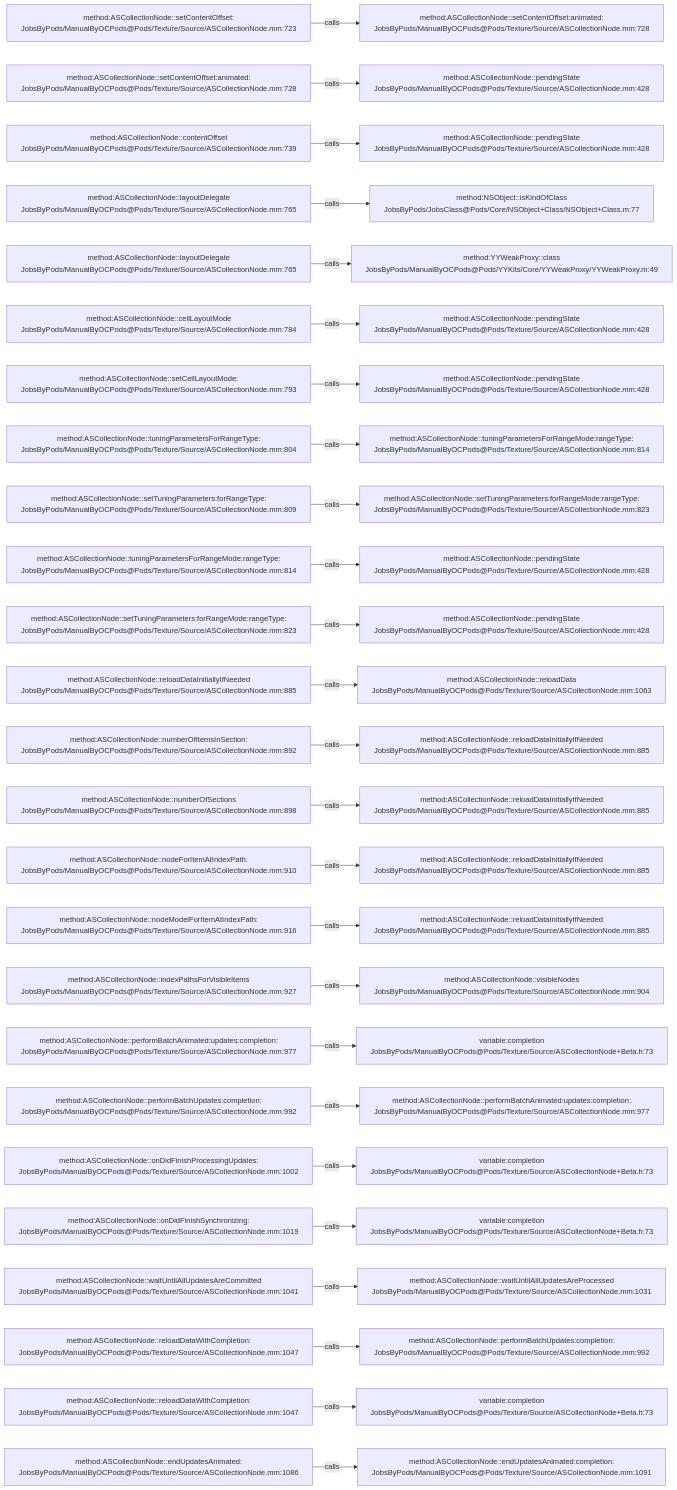
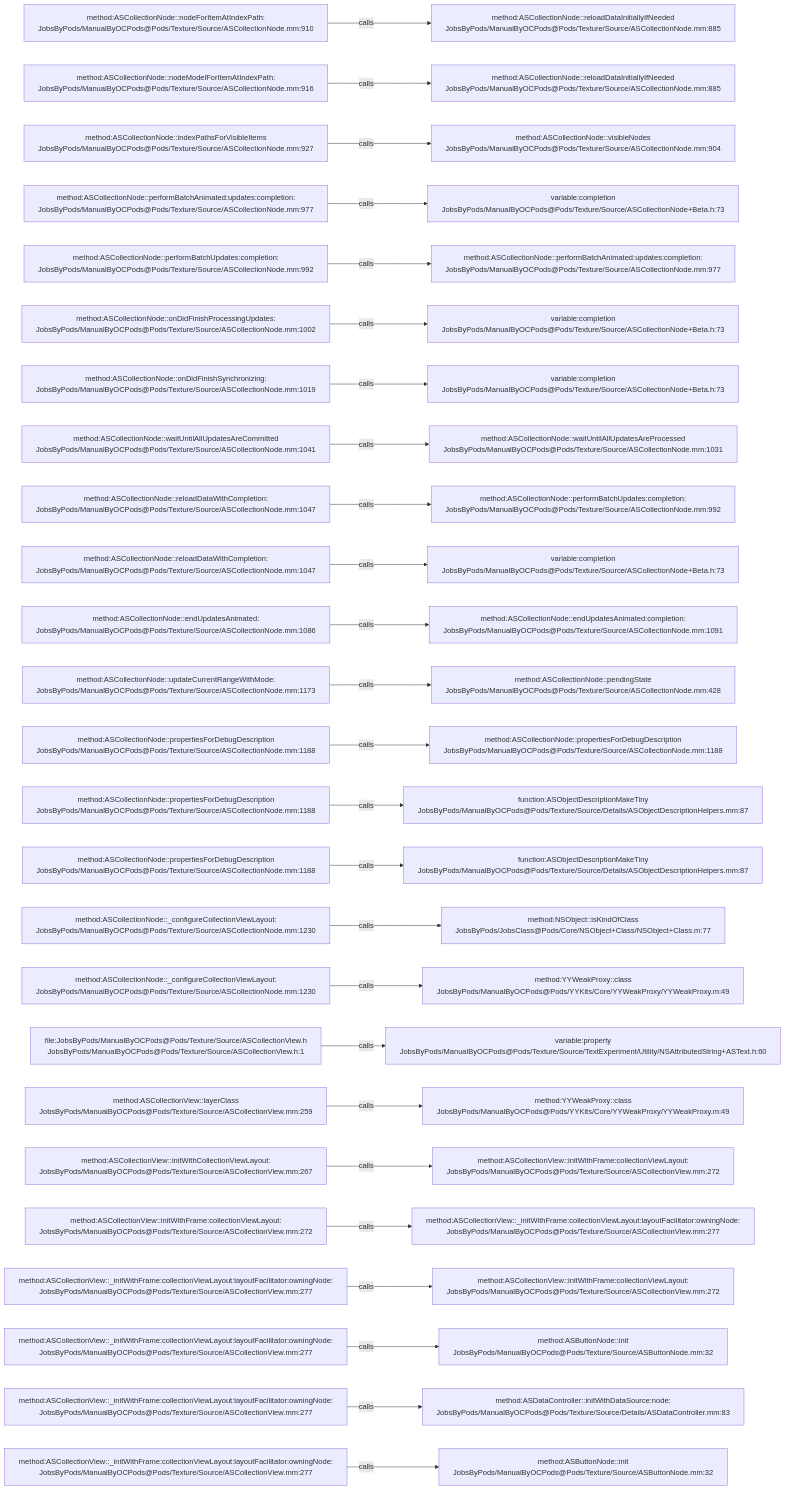
One commit to JobsKits/JobsOCBaseConfigDemo changed the diagram in .codegraph/codegraph.md/graphs/calls-080.md. Above: the diagram before and after it, drawn with Mermaid. The commit also changed 296 other files, not shown here.

````diff
--- a/.codegraph/codegraph.md/graphs/calls-080.md
+++ b/.codegraph/codegraph.md/graphs/calls-080.md
@@ -13,78 +13,78 @@
 ```mermaid
 flowchart LR
-  S1["method:ASCollectionNode::setContentOffset:<br/>JobsByPods/ManualByOCPods@Pods/Texture/Source/ASCollectionNode.mm:723"]
-  T1["method:ASCollectionNode::setContentOffset:animated:<br/>JobsByPods/ManualByOCPods@Pods/Texture/Source/ASCollectionNode.mm:728"]
+  S1["method:ASCollectionNode::nodeForItemAtIndexPath:<br/>JobsByPods/ManualByOCPods@Pods/Texture/Source/ASCollectionNode.mm:910"]
+  T1["method:ASCollectionNode::reloadDataInitiallyIfNeeded<br/>JobsByPods/ManualByOCPods@Pods/Texture/Source/ASCollectionNode.mm:885"]
   S1 -->|calls| T1
-  S2["method:ASCollectionNode::setContentOffset:animated:<br/>JobsByPods/ManualByOCPods@Pods/Texture/Source/ASCollectionNode.mm:728"]
-  T2["method:ASCollectionNode::pendingState<br/>JobsByPods/ManualByOCPods@Pods/Texture/Source/ASCollectionNode.mm:428"]
+  S2["method:ASCollectionNode::nodeModelForItemAtIndexPath:<br/>JobsByPods/ManualByOCPods@Pods/Texture/Source/ASCollectionNode.mm:916"]
+  T2["method:ASCollectionNode::reloadDataInitiallyIfNeeded<br/>JobsByPods/ManualByOCPods@Pods/Texture/Source/ASCollectionNode.mm:885"]
   S2 -->|calls| T2
-  S3["method:ASCollectionNode::contentOffset<br/>JobsByPods/ManualByOCPods@Pods/Texture/Source/ASCollectionNode.mm:739"]
-  T3["method:ASCollectionNode::pendingState<br/>JobsByPods/ManualByOCPods@Pods/Texture/Source/ASCollectionNode.mm:428"]
+  S3["method:ASCollectionNode::indexPathsForVisibleItems<br/>JobsByPods/ManualByOCPods@Pods/Texture/Source/ASCollectionNode.mm:927"]
+  T3["method:ASCollectionNode::visibleNodes<br/>JobsByPods/ManualByOCPods@Pods/Texture/Source/ASCollectionNode.mm:904"]
   S3 -->|calls| T3
-  S4["method:ASCollectionNode::layoutDelegate<br/>JobsByPods/ManualByOCPods@Pods/Texture/Source/ASCollectionNode.mm:765"]
-  T4["method:NSObject::isKindOfClass<br/>JobsByPods/JobsClass@Pods/Core/NSObject+Class/NSObject+Class.m:77"]
+  S4["method:ASCollectionNode::performBatchAnimated:updates:completion:<br/>JobsByPods/ManualByOCPods@Pods/Texture/Source/ASCollectionNode.mm:977"]
+  T4["variable:completion<br/>JobsByPods/ManualByOCPods@Pods/Texture/Source/ASCollectionNode+Beta.h:73"]
   S4 -->|calls| T4
-  S5["method:ASCollectionNode::layoutDelegate<br/>JobsByPods/ManualByOCPods@Pods/Texture/Source/ASCollectionNode.mm:765"]
-  T5["method:YYWeakProxy::class<br/>JobsByPods/ManualByOCPods@Pods/YYKits/Core/YYWeakProxy/YYWeakProxy.m:49"]
+  S5["method:ASCollectionNode::performBatchUpdates:completion:<br/>JobsByPods/ManualByOCPods@Pods/Texture/Source/ASCollectionNode.mm:992"]
+  T5["method:ASCollectionNode::performBatchAnimated:updates:completion:<br/>JobsByPods/ManualByOCPods@Pods/Texture/Source/ASCollectionNode.mm:977"]
   S5 -->|calls| T5
-  S6["method:ASCollectionNode::cellLayoutMode<br/>JobsByPods/ManualByOCPods@Pods/Texture/Source/ASCollectionNode.mm:784"]
-  T6["method:ASCollectionNode::pendingState<br/>JobsByPods/ManualByOCPods@Pods/Texture/Source/ASCollectionNode.mm:428"]
+  S6["method:ASCollectionNode::onDidFinishProcessingUpdates:<br/>JobsByPods/ManualByOCPods@Pods/Texture/Source/ASCollectionNode.mm:1002"]
+  T6["variable:completion<br/>JobsByPods/ManualByOCPods@Pods/Texture/Source/ASCollectionNode+Beta.h:73"]
   S6 -->|calls| T6
-  S7["method:ASCollectionNode::setCellLayoutMode:<br/>JobsByPods/ManualByOCPods@Pods/Texture/Source/ASCollectionNode.mm:793"]
-  T7["method:ASCollectionNode::pendingState<br/>JobsByPods/ManualByOCPods@Pods/Texture/Source/ASCollectionNode.mm:428"]
+  S7["method:ASCollectionNode::onDidFinishSynchronizing:<br/>JobsByPods/ManualByOCPods@Pods/Texture/Source/ASCollectionNode.mm:1019"]
+  T7["variable:completion<br/>JobsByPods/ManualByOCPods@Pods/Texture/Source/ASCollectionNode+Beta.h:73"]
   S7 -->|calls| T7
-  S8["method:ASCollectionNode::tuningParametersForRangeType:<br/>JobsByPods/ManualByOCPods@Pods/Texture/Source/ASCollectionNode.mm:804"]
-  T8["method:ASCollectionNode::tuningParametersForRangeMode:rangeType:<br/>JobsByPods/ManualByOCPods@Pods/Texture/Source/ASCollectionNode.mm:814"]
+  S8["method:ASCollectionNode::waitUntilAllUpdatesAreCommitted<br/>JobsByPods/ManualByOCPods@Pods/Texture/Source/ASCollectionNode.mm:1041"]
+  T8["method:ASCollectionNode::waitUntilAllUpdatesAreProcessed<br/>JobsByPods/ManualByOCPods@Pods/Texture/Source/ASCollectionNode.mm:1031"]
   S8 -->|calls| T8
-  S9["method:ASCollectionNode::setTuningParameters:forRangeType:<br/>JobsByPods/ManualByOCPods@Pods/Texture/Source/ASCollectionNode.mm:809"]
-  T9["method:ASCollectionNode::setTuningParameters:forRangeMode:rangeType:<br/>JobsByPods/ManualByOCPods@Pods/Texture/Source/ASCollectionNode.mm:823"]
+  S9["method:ASCollectionNode::reloadDataWithCompletion:<br/>JobsByPods/ManualByOCPods@Pods/Texture/Source/ASCollectionNode.mm:1047"]
+  T9["method:ASCollectionNode::performBatchUpdates:completion:<br/>JobsByPods/ManualByOCPods@Pods/Texture/Source/ASCollectionNode.mm:992"]
   S9 -->|calls| T9
-  S10["method:ASCollectionNode::tuningParametersForRangeMode:rangeType:<br/>JobsByPods/ManualByOCPods@Pods/Texture/Source/ASCollectionNode.mm:814"]
-  T10["method:ASCollectionNode::pendingState<br/>JobsByPods/ManualByOCPods@Pods/Texture/Source/ASCollectionNode.mm:428"]
+  S10["method:ASCollectionNode::reloadDataWithCompletion:<br/>JobsByPods/ManualByOCPods@Pods/Texture/Source/ASCollectionNode.mm:1047"]
+  T10["variable:completion<br/>JobsByPods/ManualByOCPods@Pods/Texture/Source/ASCollectionNode+Beta.h:73"]
   S10 -->|calls| T10
-  S11["method:ASCollectionNode::setTuningParameters:forRangeMode:rangeType:<br/>JobsByPods/ManualByOCPods@Pods/Texture/Source/ASCollectionNode.mm:823"]
-  T11["method:ASCollectionNode::pendingState<br/>JobsByPods/ManualByOCPods@Pods/Texture/Source/ASCollectionNode.mm:428"]
+  S11["method:ASCollectionNode::endUpdatesAnimated:<br/>JobsByPods/ManualByOCPods@Pods/Texture/Source/ASCollectionNode.mm:1086"]
+  T11["method:ASCollectionNode::endUpdatesAnimated:completion:<br/>JobsByPods/ManualByOCPods@Pods/Texture/Source/ASCollectionNode.mm:1091"]
   S11 -->|calls| T11
-  S12["method:ASCollectionNode::reloadDataInitiallyIfNeeded<br/>JobsByPods/ManualByOCPods@Pods/Texture/Source/ASCollectionNode.mm:885"]
-  T12["method:ASCollectionNode::reloadData<br/>JobsByPods/ManualByOCPods@Pods/Texture/Source/ASCollectionNode.mm:1063"]
+  S12["method:ASCollectionNode::updateCurrentRangeWithMode:<br/>JobsByPods/ManualByOCPods@Pods/Texture/Source/ASCollectionNode.mm:1173"]
+  T12["method:ASCollectionNode::pendingState<br/>JobsByPods/ManualByOCPods@Pods/Texture/Source/ASCollectionNode.mm:428"]
   S12 -->|calls| T12
-  S13["method:ASCollectionNode::numberOfItemsInSection:<br/>JobsByPods/ManualByOCPods@Pods/Texture/Source/ASCollectionNode.mm:892"]
-  T13["method:ASCollectionNode::reloadDataInitiallyIfNeeded<br/>JobsByPods/ManualByOCPods@Pods/Texture/Source/ASCollectionNode.mm:885"]
+  S13["method:ASCollectionNode::propertiesForDebugDescription<br/>JobsByPods/ManualByOCPods@Pods/Texture/Source/ASCollectionNode.mm:1188"]
+  T13["method:ASCollectionNode::propertiesForDebugDescription<br/>JobsByPods/ManualByOCPods@Pods/Texture/Source/ASCollectionNode.mm:1188"]
   S13 -->|calls| T13
-  S14["method:ASCollectionNode::numberOfSections<br/>JobsByPods/ManualByOCPods@Pods/Texture/Source/ASCollectionNode.mm:898"]
-  T14["method:ASCollectionNode::reloadDataInitiallyIfNeeded<br/>JobsByPods/ManualByOCPods@Pods/Texture/Source/ASCollectionNode.mm:885"]
+  S14["method:ASCollectionNode::propertiesForDebugDescription<br/>JobsByPods/ManualByOCPods@Pods/Texture/Source/ASCollectionNode.mm:1188"]
+  T14["function:ASObjectDescriptionMakeTiny<br/>JobsByPods/ManualByOCPods@Pods/Texture/Source/Details/ASObjectDescriptionHelpers.mm:87"]
   S14 -->|calls| T14
-  S15["method:ASCollectionNode::nodeForItemAtIndexPath:<br/>JobsByPods/ManualByOCPods@Pods/Texture/Source/ASCollectionNode.mm:910"]
-  T15["method:ASCollectionNode::reloadDataInitiallyIfNeeded<br/>JobsByPods/ManualByOCPods@Pods/Texture/Source/ASCollectionNode.mm:885"]
+  S15["method:ASCollectionNode::propertiesForDebugDescription<br/>JobsByPods/ManualByOCPods@Pods/Texture/Source/ASCollectionNode.mm:1188"]
+  T15["function:ASObjectDescriptionMakeTiny<br/>JobsByPods/ManualByOCPods@Pods/Texture/Source/Details/ASObjectDescriptionHelpers.mm:87"]
   S15 -->|calls| T15
-  S16["method:ASCollectionNode::nodeModelForItemAtIndexPath:<br/>JobsByPods/ManualByOCPods@Pods/Texture/Source/ASCollectionNode.mm:916"]
-  T16["method:ASCollectionNode::reloadDataInitiallyIfNeeded<br/>JobsByPods/ManualByOCPods@Pods/Texture/Source/ASCollectionNode.mm:885"]
+  S16["method:ASCollectionNode::_configureCollectionViewLayout:<br/>JobsByPods/ManualByOCPods@Pods/Texture/Source/ASCollectionNode.mm:1230"]
+  T16["method:NSObject::isKindOfClass<br/>JobsByPods/JobsClass@Pods/Core/NSObject+Class/NSObject+Class.m:77"]
   S16 -->|calls| T16
-  S17["method:ASCollectionNode::indexPathsForVisibleItems<br/>JobsByPods/ManualByOCPods@Pods/Texture/Source/ASCollectionNode.mm:927"]
-  T17["method:ASCollectionNode::visibleNodes<br/>JobsByPods/ManualByOCPods@Pods/Texture/Source/ASCollectionNode.mm:904"]
+  S17["method:ASCollectionNode::_configureCollectionViewLayout:<br/>JobsByPods/ManualByOCPods@Pods/Texture/Source/ASCollectionNode.mm:1230"]
+  T17["method:YYWeakProxy::class<br/>JobsByPods/ManualByOCPods@Pods/YYKits/Core/YYWeakProxy/YYWeakProxy.m:49"]
   S17 -->|calls| T17
-  S18["method:ASCollectionNode::performBatchAnimated:updates:completion:<br/>JobsByPods/ManualByOCPods@Pods/Texture/Source/ASCollectionNode.mm:977"]
-  T18["variable:completion<br/>JobsByPods/ManualByOCPods@Pods/Texture/Source/ASCollectionNode+Beta.h:73"]
+  S18["file:JobsByPods/ManualByOCPods@Pods/Texture/Source/ASCollectionView.h<br/>JobsByPods/ManualByOCPods@Pods/Texture/Source/ASCollectionView.h:1"]
+  T18["variable:property<br/>JobsByPods/ManualByOCPods@Pods/Texture/Source/TextExperiment/Utility/NSAttributedString+ASText.h:60"]
   S18 -->|calls| T18
-  S19["method:ASCollectionNode::performBatchUpdates:completion:<br/>JobsByPods/ManualByOCPods@Pods/Texture/Source/ASCollectionNode.mm:992"]
-  T19["method:ASCollectionNode::performBatchAnimated:updates:completion:<br/>JobsByPods/ManualByOCPods@Pods/Texture/Source/ASCollectionNode.mm:977"]
+  S19["method:ASCollectionView::layerClass<br/>JobsByPods/ManualByOCPods@Pods/Texture/Source/ASCollectionView.mm:259"]
+  T19["method:YYWeakProxy::class<br/>JobsByPods/ManualByOCPods@Pods/YYKits/Core/YYWeakProxy/YYWeakProxy.m:49"]
   S19 -->|calls| T19
-  S20["method:ASCollectionNode::onDidFinishProcessingUpdates:<br/>JobsByPods/ManualByOCPods@Pods/Texture/Source/ASCollectionNode.mm:1002"]
-  T20["variable:completion<br/>JobsByPods/ManualByOCPods@Pods/Texture/Source/ASCollectionNode+Beta.h:73"]
+  S20["method:ASCollectionView::initWithCollectionViewLayout:<br/>JobsByPods/ManualByOCPods@Pods/Texture/Source/ASCollectionView.mm:267"]
+  T20["method:ASCollectionView::initWithFrame:collectionViewLayout:<br/>JobsByPods/ManualByOCPods@Pods/Texture/Source/ASCollectionView.mm:272"]
   S20 -->|calls| T20
-  S21["method:ASCollectionNode::onDidFinishSynchronizing:<br/>JobsByPods/ManualByOCPods@Pods/Texture/Source/ASCollectionNode.mm:1019"]
-  T21["variable:completion<br/>JobsByPods/ManualByOCPods@Pods/Texture/Source/ASCollectionNode+Beta.h:73"]
+  S21["method:ASCollectionView::initWithFrame:collectionViewLayout:<br/>JobsByPods/ManualByOCPods@Pods/Texture/Source/ASCollectionView.mm:272"]
+  T21["method:ASCollectionView::_initWithFrame:collectionViewLayout:layoutFacilitator:owningNode:<br/>JobsByPods/ManualByOCPods@Pods/Texture/Source/ASCollectionView.mm:277"]
   S21 -->|calls| T21
-  S22["method:ASCollectionNode::waitUntilAllUpdatesAreCommitted<br/>JobsByPods/ManualByOCPods@Pods/Texture/Source/ASCollectionNode.mm:1041"]
-  T22["method:ASCollectionNode::waitUntilAllUpdatesAreProcessed<br/>JobsByPods/ManualByOCPods@Pods/Texture/Source/ASCollectionNode.mm:1031"]
+  S22["method:ASCollectionView::_initWithFrame:collectionViewLayout:layoutFacilitator:owningNode:<br/>JobsByPods/ManualByOCPods@Pods/Texture/Source/ASCollectionView.mm:277"]
+  T22["method:ASCollectionView::initWithFrame:collectionViewLayout:<br/>JobsByPods/ManualByOCPods@Pods/Texture/Source/ASCollectionView.mm:272"]
   S22 -->|calls| T22
-  S23["method:ASCollectionNode::reloadDataWithCompletion:<br/>JobsByPods/ManualByOCPods@Pods/Texture/Source/ASCollectionNode.mm:1047"]
-  T23["method:ASCollectionNode::performBatchUpdates:completion:<br/>JobsByPods/ManualByOCPods@Pods/Texture/Source/ASCollectionNode.mm:992"]
+  S23["method:ASCollectionView::_initWithFrame:collectionViewLayout:layoutFacilitator:owningNode:<br/>JobsByPods/ManualByOCPods@Pods/Texture/Source/ASCollectionView.mm:277"]
+  T23["method:ASButtonNode::init<br/>JobsByPods/ManualByOCPods@Pods/Texture/Source/ASButtonNode.mm:32"]
   S23 -->|calls| T23
-  S24["method:ASCollectionNode::reloadDataWithCompletion:<br/>JobsByPods/ManualByOCPods@Pods/Texture/Source/ASCollectionNode.mm:1047"]
-  T24["variable:completion<br/>JobsByPods/ManualByOCPods@Pods/Texture/Source/ASCollectionNode+Beta.h:73"]
+  S24["method:ASCollectionView::_initWithFrame:collectionViewLayout:layoutFacilitator:owningNode:<br/>JobsByPods/ManualByOCPods@Pods/Texture/Source/ASCollectionView.mm:277"]
+  T24["method:ASDataController::initWithDataSource:node:<br/>JobsByPods/ManualByOCPods@Pods/Texture/Source/Details/ASDataController.mm:83"]
   S24 -->|calls| T24
-  S25["method:ASCollectionNode::endUpdatesAnimated:<br/>JobsByPods/ManualByOCPods@Pods/Texture/Source/ASCollectionNode.mm:1086"]
-  T25["method:ASCollectionNode::endUpdatesAnimated:completion:<br/>JobsByPods/ManualByOCPods@Pods/Texture/Source/ASCollectionNode.mm:1091"]
+  S25["method:ASCollectionView::_initWithFrame:collectionViewLayout:layoutFacilitator:owningNode:<br/>JobsByPods/ManualByOCPods@Pods/Texture/Source/ASCollectionView.mm:277"]
+  T25["method:ASButtonNode::init<br/>JobsByPods/ManualByOCPods@Pods/Texture/Source/ASButtonNode.mm:32"]
   S25 -->|calls| T25
 ```
````
